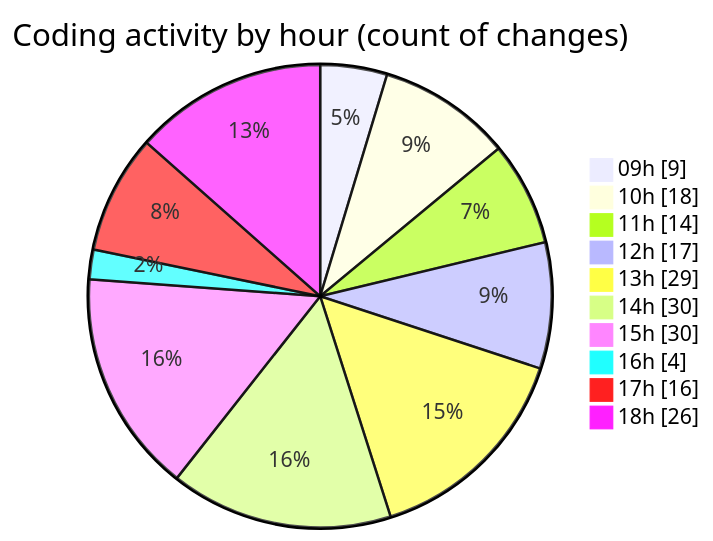
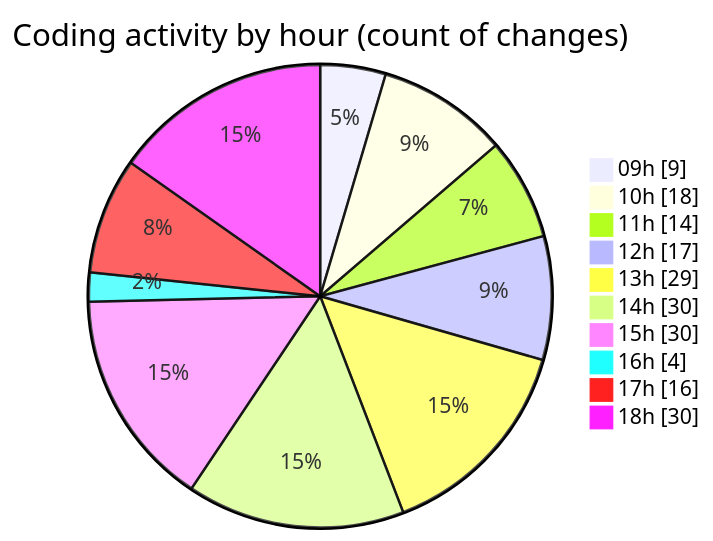
The second of 2 diagrams in 2025-03-24/cda/README.md (momahboobian/code-tracking), drawn with Mermaid before and after one commit. The commit also changed other lines of this file and 1 other file, not shown here.

````diff
--- a/2025-03-24/cda/README.md
+++ b/2025-03-24/cda/README.md
@@ -56,14 +56,14 @@
 ```mermaid
 pie showData
 title Coding activity by hour (count of changes)
 "09h" : 9
 "10h" : 18
 "11h" : 14
 "12h" : 17
 "13h" : 29
 "14h" : 30
 "15h" : 30
 "16h" : 4
 "17h" : 16
-"18h" : 26
+"18h" : 30
 ```
````
